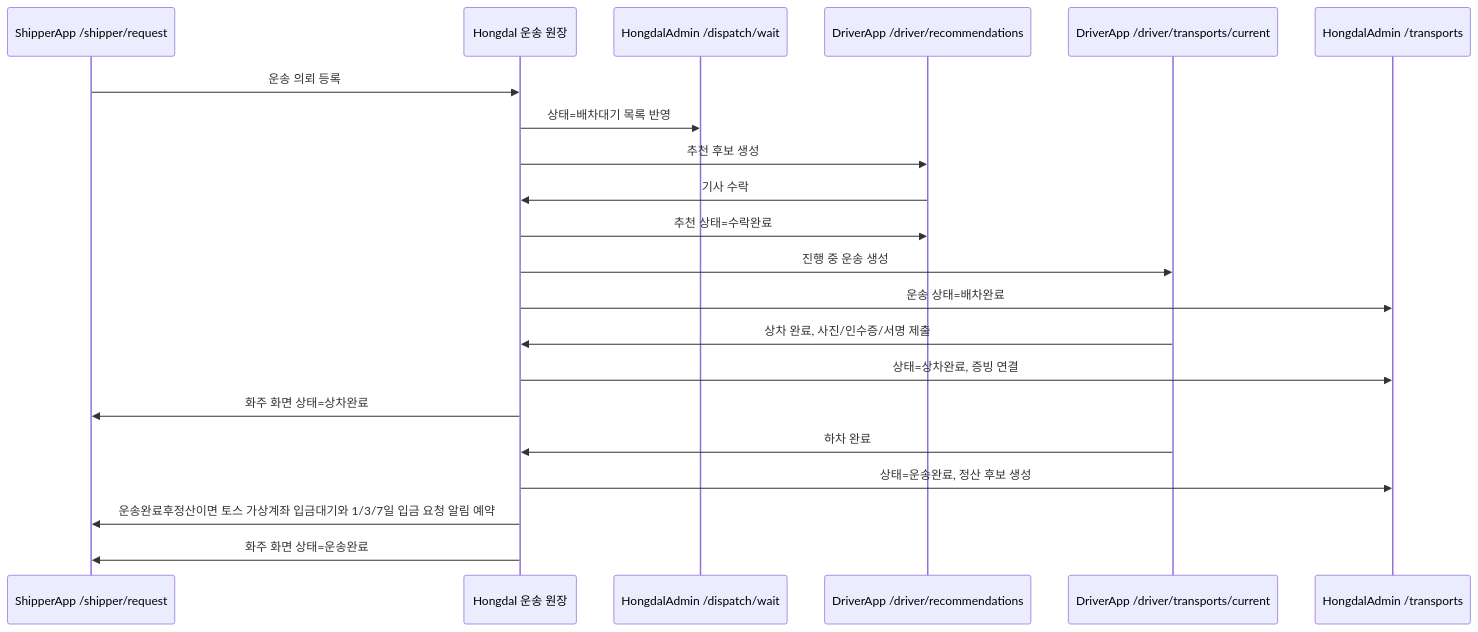
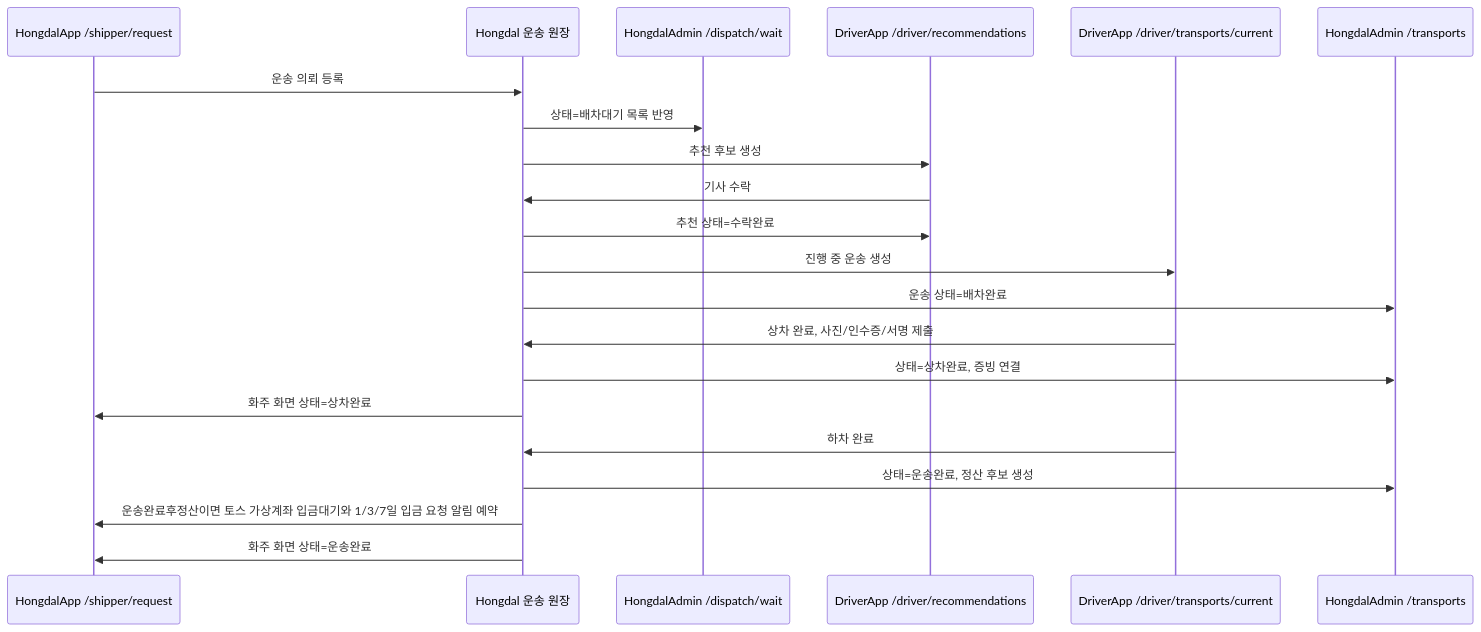
The third of 9 diagrams in docs/ProjectOverview/workflow-app-screen-map.md (cheolwo/hongdal), drawn with Mermaid before and after one commit. The commit also changed other lines of this file and 140 other files, not shown here.

````diff
--- a/docs/ProjectOverview/workflow-app-screen-map.md
+++ b/docs/ProjectOverview/workflow-app-screen-map.md
@@ -103,24 +103,24 @@
 ```mermaid
 sequenceDiagram
-    participant Shipper as ShipperApp /shipper/request
+    participant Shipper as HongdalApp /shipper/request
     participant Server as Hongdal 운송 원장
     participant AdminWait as HongdalAdmin /dispatch/wait
     participant DriverReco as DriverApp /driver/recommendations
     participant DriverRun as DriverApp /driver/transports/current
     participant AdminTrans as HongdalAdmin /transports
 
     Shipper->>Server: 운송 의뢰 등록
     Server->>AdminWait: 상태=배차대기 목록 반영
     Server->>DriverReco: 추천 후보 생성
     DriverReco->>Server: 기사 수락
     Server->>DriverReco: 추천 상태=수락완료
     Server->>DriverRun: 진행 중 운송 생성
     Server->>AdminTrans: 운송 상태=배차완료
     DriverRun->>Server: 상차 완료, 사진/인수증/서명 제출
     Server->>AdminTrans: 상태=상차완료, 증빙 연결
     Server->>Shipper: 화주 화면 상태=상차완료
     DriverRun->>Server: 하차 완료
     Server->>AdminTrans: 상태=운송완료, 정산 후보 생성
     Server->>Shipper: 운송완료후정산이면 토스 가상계좌 입금대기와 1/3/7일 입금 요청 알림 예약
     Server->>Shipper: 화주 화면 상태=운송완료
 ```
````
